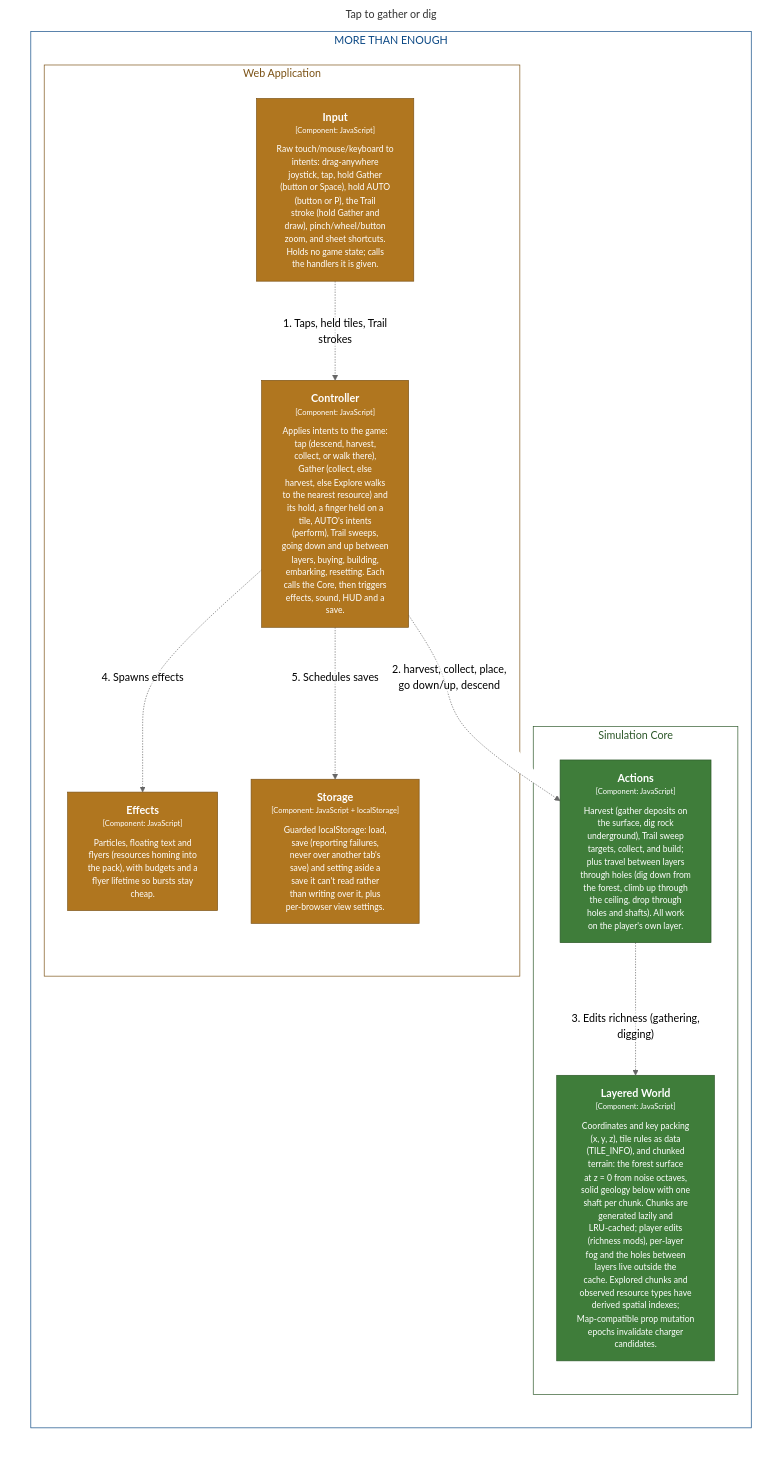
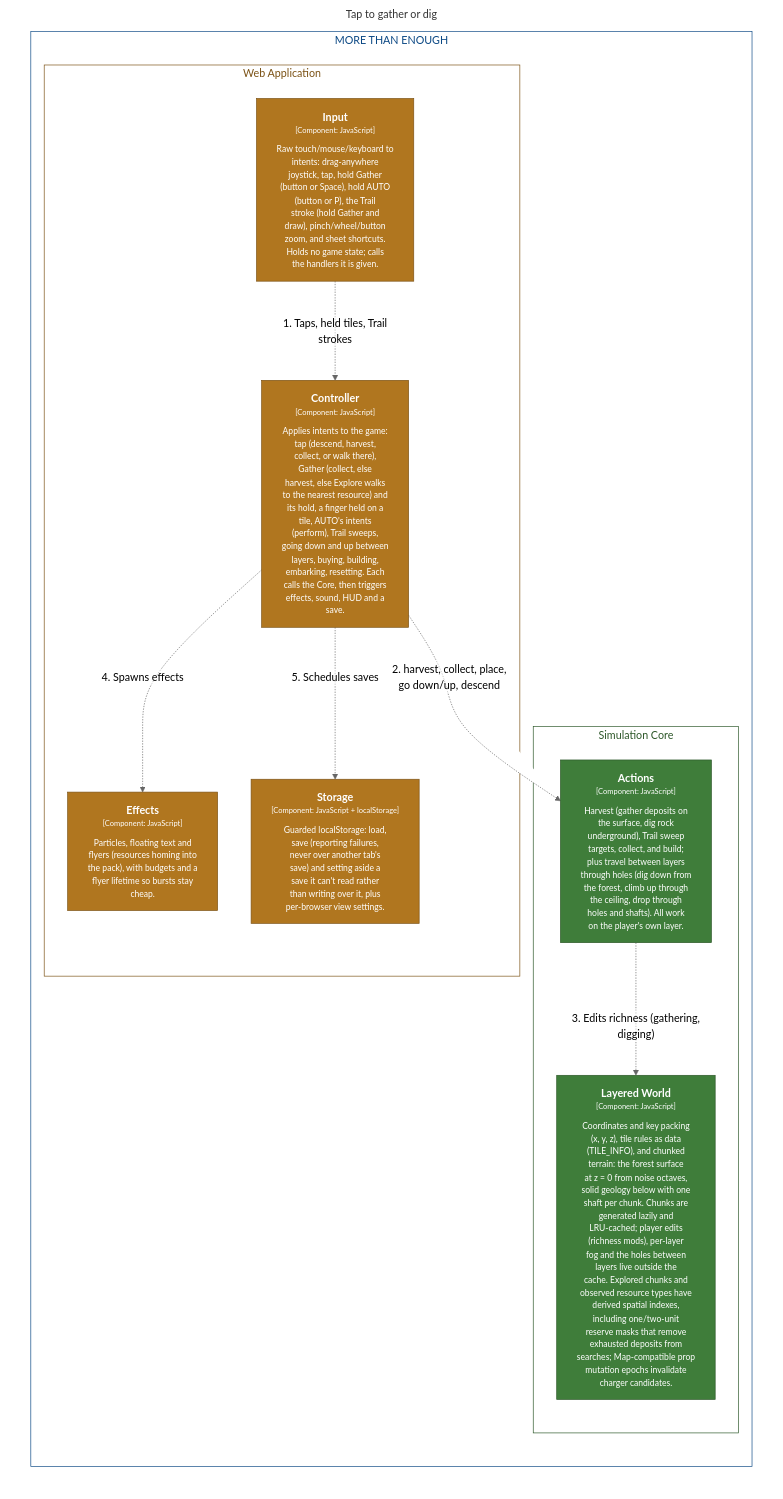
The diagram in structurizr/diagrams/CollectFlow.mmd (bitkojine/more-than-enough), drawn with Mermaid (neutral theme) before and after one commit. The commit also changed 31 other files, not shown here.

Commit message:
v0.131.7: skip exhausted deposits and redundant economy observations

```diff
--- a/structurizr/diagrams/CollectFlow.mmd
+++ b/structurizr/diagrams/CollectFlow.mmd
@@ -1,41 +1,41 @@
 %% Generated from structurizr/workspace.dsl — do not edit; run: node structurizr/scripts/structurizr.mjs mermaid
 graph LR
   linkStyle default fill:#ffffff
 
   subgraph diagram ["Tap to gather or dig"]
     style diagram fill:#ffffff,stroke:#ffffff
 
     subgraph 3 ["MORE THAN ENOUGH"]
       style 3 fill:#ffffff,stroke:#0b4884,color:#0b4884
 
       subgraph 23 ["Simulation Core"]
         style 23 fill:#ffffff,stroke:#2c5728,color:#2c5728
 
-        24["<div style='font-weight: bold'>Layered World</div><div style='font-size: 70%; margin-top: 0px'>[Component: JavaScript]</div><div style='font-size: 80%; margin-top:10px'>Coordinates and key packing<br />(x, y, z), tile rules as data<br />(TILE_INFO), and chunked<br />terrain: the forest surface<br />at z = 0 from noise octaves,<br />solid geology below with one<br />shaft per chunk. Chunks are<br />generated lazily and<br />LRU-cached; player edits<br />(richness mods), per-layer<br />fog and the holes between<br />layers live outside the<br />cache. Explored chunks and<br />observed resource types have<br />derived spatial indexes;<br />Map-compatible prop mutation<br />epochs invalidate charger<br />candidates.</div>"]
+        24["<div style='font-weight: bold'>Layered World</div><div style='font-size: 70%; margin-top: 0px'>[Component: JavaScript]</div><div style='font-size: 80%; margin-top:10px'>Coordinates and key packing<br />(x, y, z), tile rules as data<br />(TILE_INFO), and chunked<br />terrain: the forest surface<br />at z = 0 from noise octaves,<br />solid geology below with one<br />shaft per chunk. Chunks are<br />generated lazily and<br />LRU-cached; player edits<br />(richness mods), per-layer<br />fog and the holes between<br />layers live outside the<br />cache. Explored chunks and<br />observed resource types have<br />derived spatial indexes,<br />including one/two-unit<br />reserve masks that remove<br />exhausted deposits from<br />searches; Map-compatible prop<br />mutation epochs invalidate<br />charger candidates.</div>"]
         style 24 fill:#3f7d3a,stroke:#2c5728,color:#ffffff
         27["<div style='font-weight: bold'>Actions</div><div style='font-size: 70%; margin-top: 0px'>[Component: JavaScript]</div><div style='font-size: 80%; margin-top:10px'>Harvest (gather deposits on<br />the surface, dig rock<br />underground), Trail sweep<br />targets, collect, and build;<br />plus travel between layers<br />through holes (dig down from<br />the forest, climb up through<br />the ceiling, drop through<br />holes and shafts). All work<br />on the player's own layer.</div>"]
         style 27 fill:#3f7d3a,stroke:#2c5728,color:#ffffff
       end
 
       subgraph 4 ["Web Application"]
         style 4 fill:#ffffff,stroke:#7b5215,color:#7b5215
 
         13["<div style='font-weight: bold'>Effects</div><div style='font-size: 70%; margin-top: 0px'>[Component: JavaScript]</div><div style='font-size: 80%; margin-top:10px'>Particles, floating text and<br />flyers (resources homing into<br />the pack), with budgets and a<br />flyer lifetime so bursts stay<br />cheap.</div>"]
         style 13 fill:#b0761f,stroke:#7b5215,color:#ffffff
         18["<div style='font-weight: bold'>Storage</div><div style='font-size: 70%; margin-top: 0px'>[Component: JavaScript + localStorage]</div><div style='font-size: 80%; margin-top:10px'>Guarded localStorage: load,<br />save (reporting failures,<br />never over another tab's<br />save) and setting aside a<br />save it can't read rather<br />than writing over it, plus<br />per-browser view settings.</div>"]
         style 18 fill:#b0761f,stroke:#7b5215,color:#ffffff
         8["<div style='font-weight: bold'>Input</div><div style='font-size: 70%; margin-top: 0px'>[Component: JavaScript]</div><div style='font-size: 80%; margin-top:10px'>Raw touch/mouse/keyboard to<br />intents: drag-anywhere<br />joystick, tap, hold Gather<br />(button or Space), hold AUTO<br />(button or P), the Trail<br />stroke (hold Gather and<br />draw), pinch/wheel/button<br />zoom, and sheet shortcuts.<br />Holds no game state; calls<br />the handlers it is given.</div>"]
         style 8 fill:#b0761f,stroke:#7b5215,color:#ffffff
         9["<div style='font-weight: bold'>Controller</div><div style='font-size: 70%; margin-top: 0px'>[Component: JavaScript]</div><div style='font-size: 80%; margin-top:10px'>Applies intents to the game:<br />tap (descend, harvest,<br />collect, or walk there),<br />Gather (collect, else<br />harvest, else Explore walks<br />to the nearest resource) and<br />its hold, a finger held on a<br />tile, AUTO's intents<br />(perform), Trail sweeps,<br />going down and up between<br />layers, buying, building,<br />embarking, resetting. Each<br />calls the Core, then triggers<br />effects, sound, HUD and a<br />save.</div>"]
         style 9 fill:#b0761f,stroke:#7b5215,color:#ffffff
       end
 
     end
 
     8-. "<div>1. Taps, held tiles, Trail<br />strokes</div><div style='font-size: 70%'></div>" .->9
     9-. "<div>2. harvest, collect, place,<br />go down/up, descend</div><div style='font-size: 70%'></div>" .->27
     27-. "<div>3. Edits richness (gathering,<br />digging)</div><div style='font-size: 70%'></div>" .->24
     9-. "<div>4. Spawns effects</div><div style='font-size: 70%'></div>" .->13
     9-. "<div>5. Schedules saves</div><div style='font-size: 70%'></div>" .->18
 
   end
```
